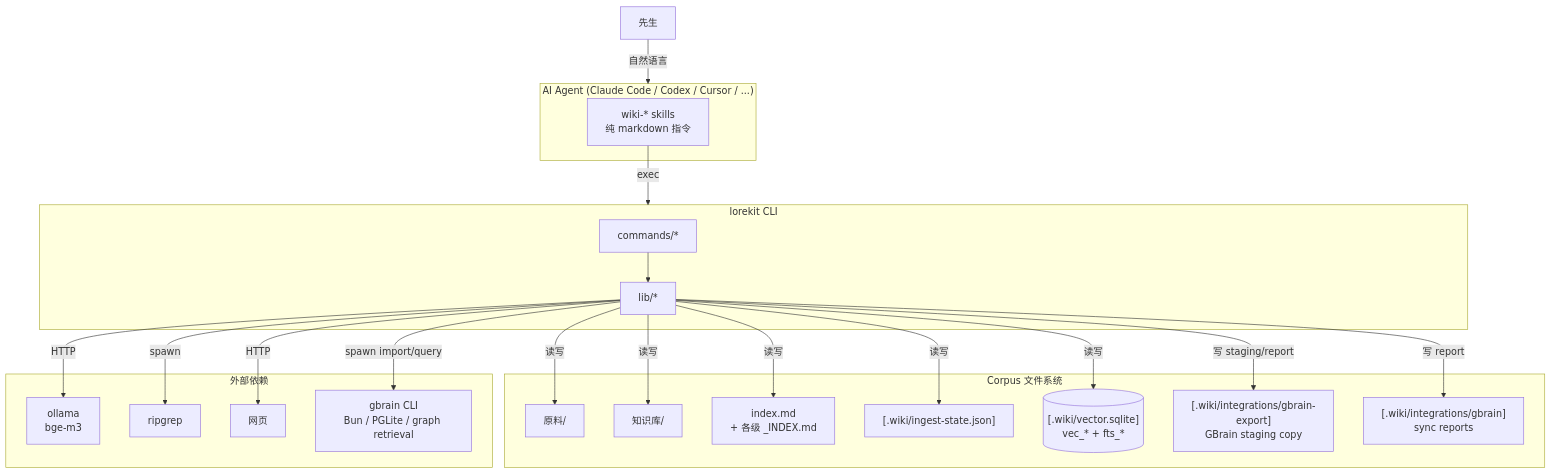
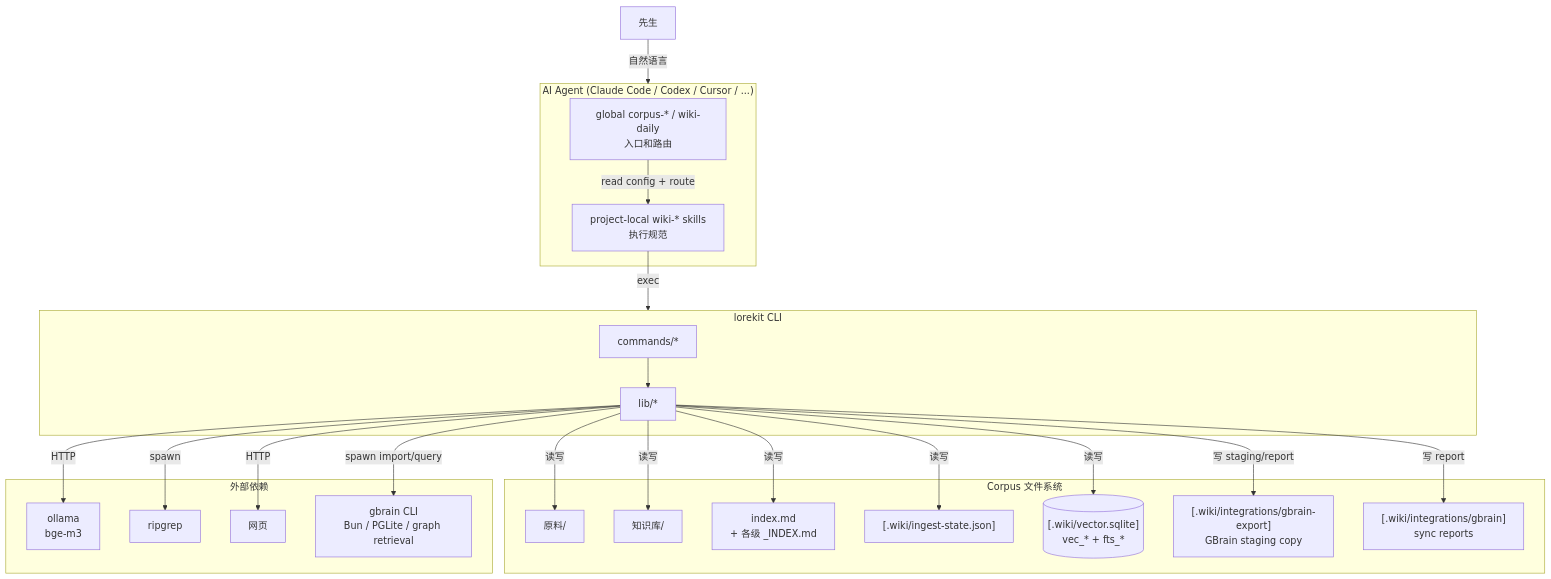
One commit to GYF0311/lorekit changed the first of 5 diagrams in docs/ARCHITECTURE.md. Above: the diagram before and after it, drawn with Mermaid. The commit also changed other lines of this file and 20 other files, not shown here.

First line of the commit message:
feat: add global corpus entry skills

````diff
--- a/docs/ARCHITECTURE.md
+++ b/docs/ARCHITECTURE.md
@@ -15,43 +22,45 @@
 ```mermaid
 flowchart TB
   subgraph Agent["AI Agent (Claude Code / Codex / Cursor / ...)"]
-    Skills["wiki-* skills<br/>纯 markdown 指令"]
+    GlobalSkills["global corpus-* / wiki-daily<br/>入口和路由"]
+    ProjectSkills["project-local wiki-* skills<br/>执行规范"]
   end
 
   subgraph CLI["lorekit CLI"]
     Cmd["commands/*"]
     Lib["lib/*"]
     Cmd --> Lib
   end
 
   subgraph Corpus["Corpus 文件系统"]
     Raw["原料/"]
     Wiki["知识库/"]
     Index["index.md<br/>+ 各级 _INDEX.md"]
     State["[.wiki/ingest-state.json]"]
     Vec[("[.wiki/vector.sqlite]<br/>vec_* + fts_*")]
     GBrainExport["[.wiki/integrations/gbrain-export]<br/>GBrain staging copy"]
     GBrainReport["[.wiki/integrations/gbrain]<br/>sync reports"]
   end
 
   subgraph External["外部依赖"]
     Ollama["ollama<br/>bge-m3"]
     RG["ripgrep"]
     Web["网页"]
     GBrain["gbrain CLI<br/>Bun / PGLite / graph retrieval"]
   end
 
   User["先生"] -->|自然语言| Agent
-  Skills -->|exec| CLI
+  GlobalSkills -->|read config + route| ProjectSkills
+  ProjectSkills -->|exec| CLI
   Lib -->|读写| Raw
   Lib -->|读写| Wiki
   Lib -->|读写| Index
   Lib -->|读写| State
   Lib -->|读写| Vec
   Lib -->|写 staging/report| GBrainExport
   Lib -->|写 report| GBrainReport
   Lib -->|HTTP| Ollama
   Lib -->|HTTP| Web
   Lib -->|spawn| RG
   Lib -->|spawn import/query| GBrain
 ```
````
